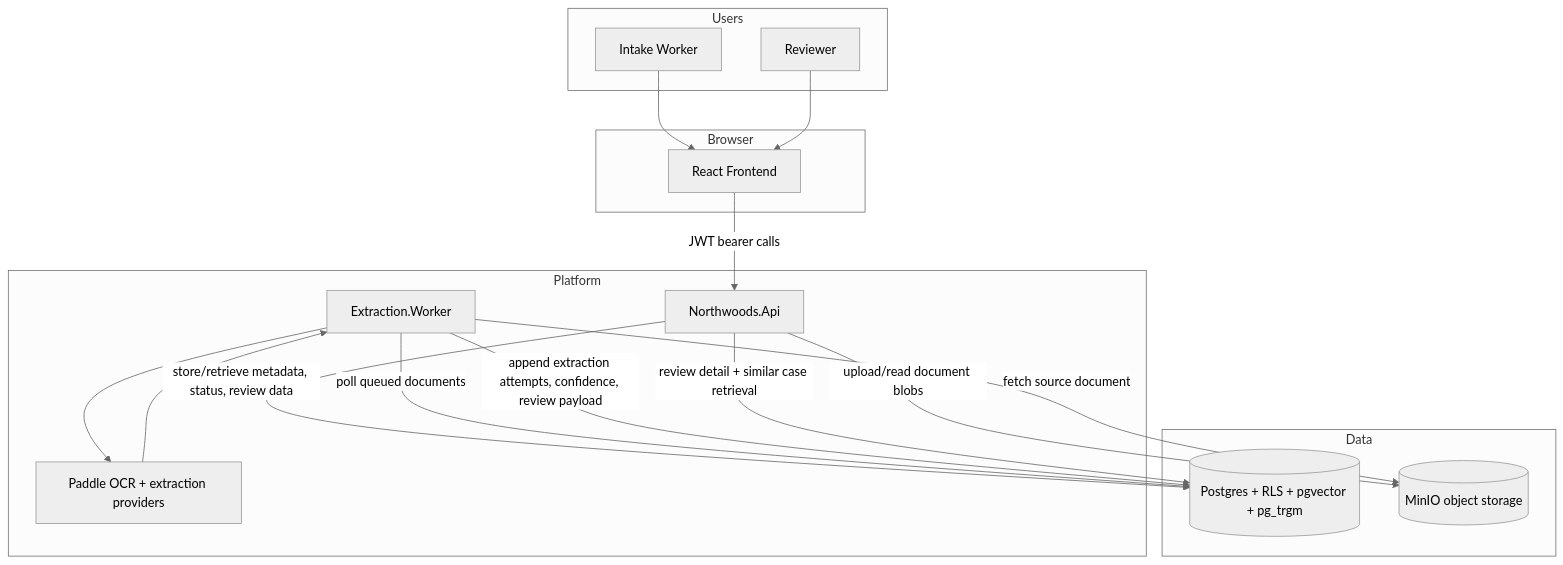
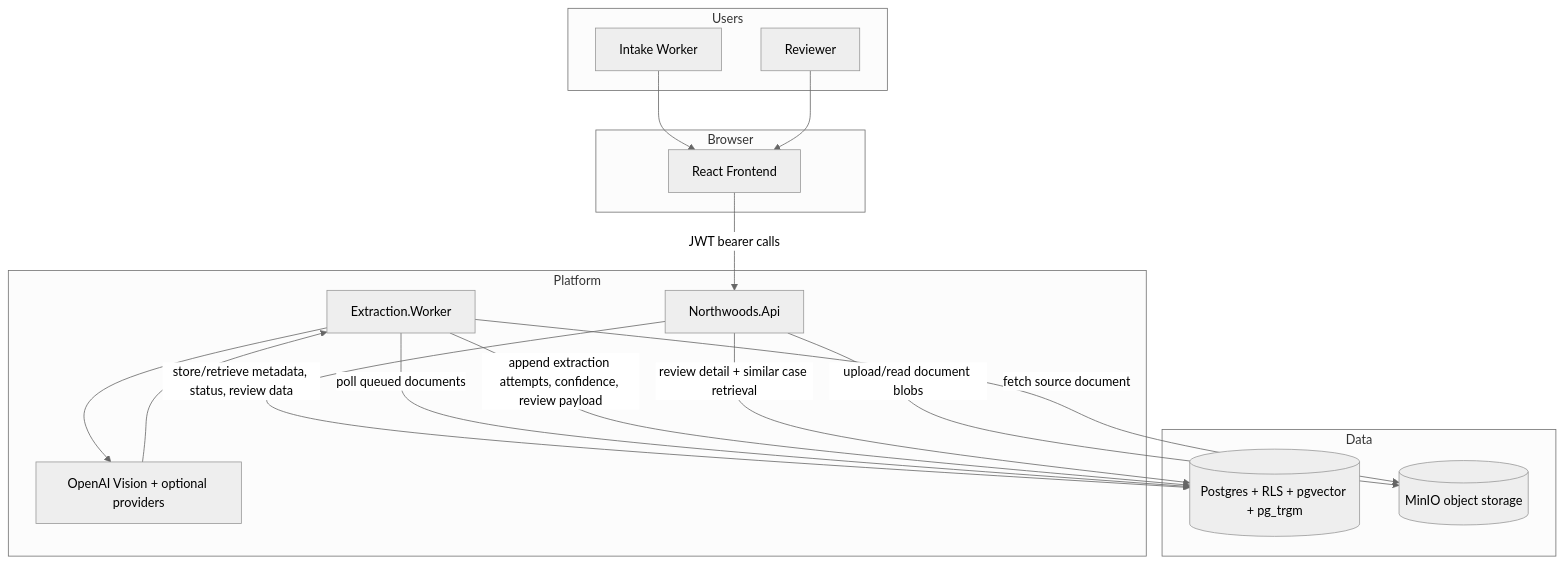
Before and after one commit to open-horizon-labs/northwoods: the diagram in docs/architecture.md, drawn with Mermaid (neutral theme). The commit also changed other lines of this file and 10 other files, not shown here.

````diff
--- a/docs/architecture.md
+++ b/docs/architecture.md
@@ -11,37 +11,37 @@
 ```mermaid
 flowchart TB
     subgraph Users
       IW[Intake Worker]
       RV[Reviewer]
     end
 
     subgraph Browser
       FE[React Frontend]
     end
 
     subgraph Platform
       API[Northwoods.Api]
       WK[Extraction.Worker]
-      OCR[Paddle OCR + extraction providers]
+      OCR[OpenAI Vision + optional providers]
     end
 
     subgraph Data
       PG[(Postgres + RLS + pgvector + pg_trgm)]
       S3[(MinIO object storage)]
     end
 
     IW --> FE
     RV --> FE
     FE -->|JWT bearer calls| API
 
     API -->|store/retrieve metadata, status, review data| PG
     API -->|upload/read document blobs| S3
 
     WK -->|poll queued documents| PG
     WK -->|fetch source document| S3
     WK --> OCR
     OCR --> WK
     WK -->|append extraction attempts, confidence, review payload| PG
 
     API -->|review detail + similar case retrieval| PG
 ```
````
